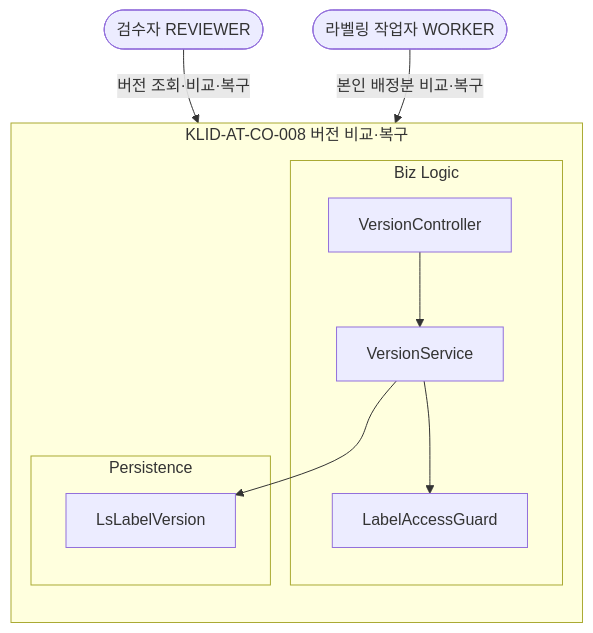
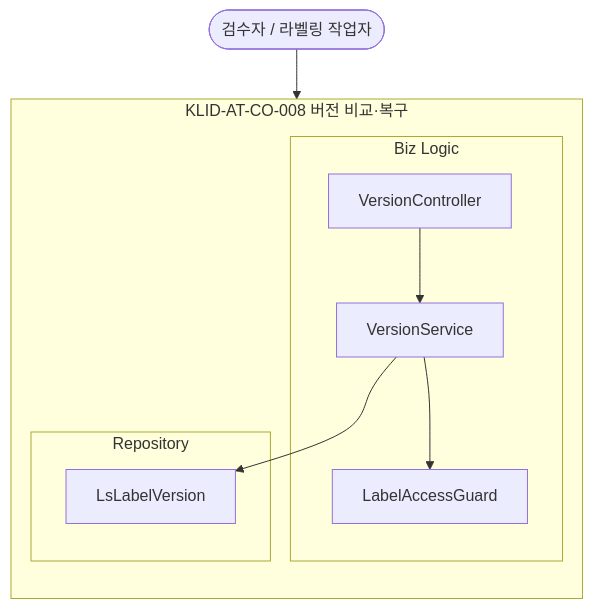
Before and after one commit to New-stella/klid-label: the eighth of 18 diagrams in docs/design/D3-컴포넌트설계서.md, drawn with Mermaid. The commit also changed other lines of this file and 7 other files, not shown here.

````diff
--- a/docs/design/D3-컴포넌트설계서.md
+++ b/docs/design/D3-컴포넌트설계서.md
@@ -257,21 +254,19 @@
 ```mermaid
 flowchart TD
-    REVIEWER([검수자 REVIEWER])
-    WORKER([라벨링 작업자 WORKER])
+    USER([검수자 / 라벨링 작업자])
     subgraph CO008[KLID-AT-CO-008 버전 비교·복구]
         direction TB
         subgraph BIZ8[Biz Logic]
-            VC[VersionController]
-            VS[VersionService]
-            LAG[LabelAccessGuard]
+            VCT[VersionController]
+            VS8[VersionService]
+            LAG8[LabelAccessGuard]
         end
-        subgraph PER8[Persistence]
-            LLV[LsLabelVersion]
+        subgraph REP8[Repository]
+            LV8[LsLabelVersion]
         end
-        VC --> VS
-        VS --> LAG
-        VS --> LLV
+        VCT --> VS8
+        VS8 --> LAG8
+        VS8 --> LV8
     end
-    REVIEWER -->|버전 조회·비교·복구| VC
-    WORKER -->|본인 배정분 비교·복구| VC
+    USER --> VCT
 ```
````
